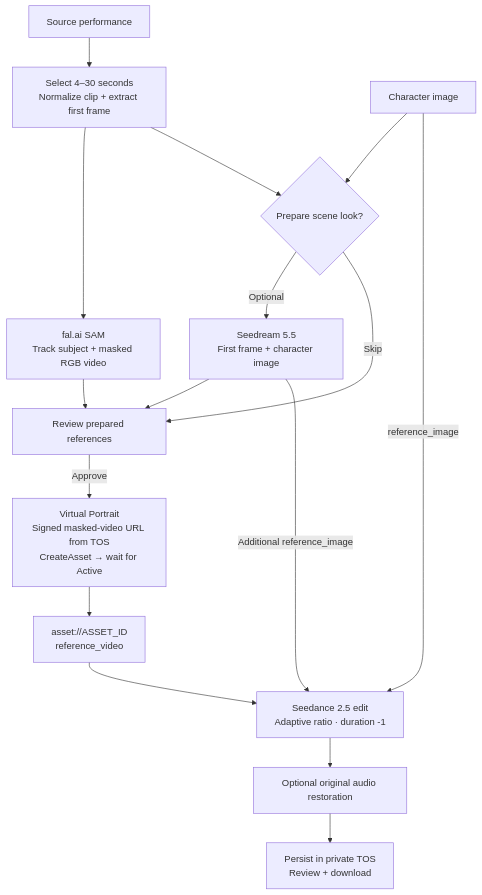
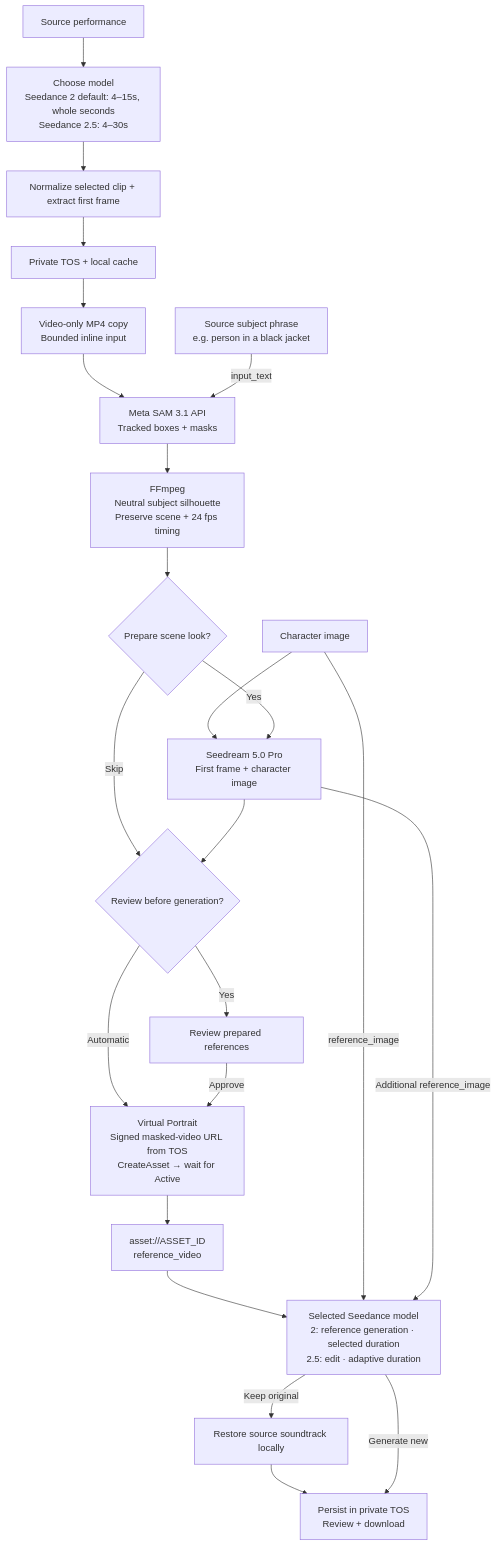
The diagram in README.md (ArthurReimus-ByteDance/seed-genjutsu), drawn with Mermaid before and after one commit. The commit also changed other lines of this file and 88 other files, not shown here.

````diff
--- a/README.md
+++ b/README.md
@@ -9,18 +31,25 @@
 ```mermaid
 flowchart TD
-    V["Source performance"] --> T["Select 4–30 seconds<br/>Normalize clip + extract first frame"]
-    T --> SAM["fal.ai SAM<br/>Track subject + masked RGB video"]
-    C["Character image"] --> O{"Prepare scene look?"}
-    T --> O
-    O -->|Optional| SD["Seedream 5.5<br/>First frame + character image"]
-    SAM --> R["Review prepared references"]
-    SD --> R
-    O -->|Skip| R
-    R -->|Approve| VP["Virtual Portrait<br/>Signed masked-video URL from TOS<br/>CreateAsset → wait for Active"]
+    V["Source performance"] --> PICK["Choose model<br/>Seedance 2 default: 4–15s, whole seconds<br/>Seedance 2.5: 4–30s"]
+    PICK --> T["Normalize selected clip + extract first frame"]
+    T --> TS["Private TOS + local cache"]
+    TS --> IN["Video-only MP4 copy<br/>Bounded inline input"]
+    IN --> SAM["Meta SAM 3.1 API<br/>Tracked boxes + masks"]
+    SUBJECT["Source subject phrase<br/>e.g. person in a black jacket"] -->|input_text| SAM
+    SAM --> MR["FFmpeg<br/>Neutral subject silhouette<br/>Preserve scene + 24 fps timing"]
+    C["Character image"] --> SD["Seedream 5.0 Pro<br/>First frame + character image"]
+    MR --> O{"Prepare scene look?"}
+    O -->|Yes| SD
+    O -->|Skip| G{"Review before generation?"}
+    SD --> G
+    G -->|Yes| R["Review prepared references"]
+    G -->|Automatic| VP["Virtual Portrait<br/>Signed masked-video URL from TOS<br/>CreateAsset → wait for Active"]
+    R -->|Approve| VP
     VP --> ID["asset://ASSET_ID<br/>reference_video"]
-    ID --> S["Seedance 2.5 edit<br/>Adaptive ratio · duration -1"]
+    ID --> S["Selected Seedance model<br/>2: reference generation · selected duration<br/>2.5: edit · adaptive duration"]
     C -->|reference_image| S
     SD -->|Additional reference_image| S
-    S --> A["Optional original audio restoration"]
+    S -->|Keep original| A["Restore source soundtrack locally"]
     A --> D["Persist in private TOS<br/>Review + download"]
+    S -->|Generate new| D
 ```
````
